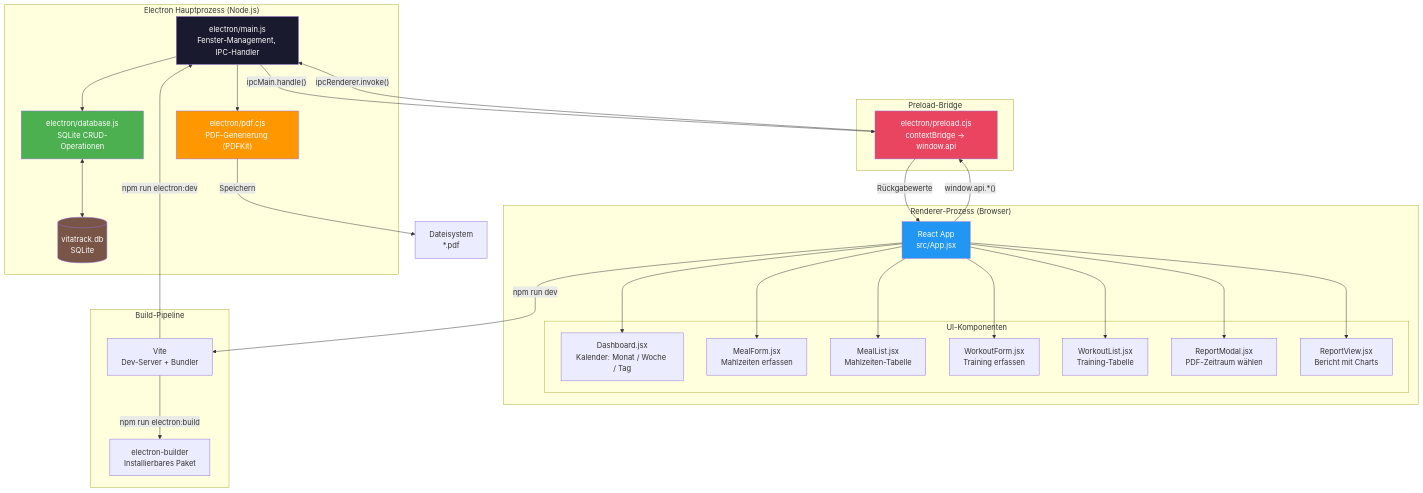
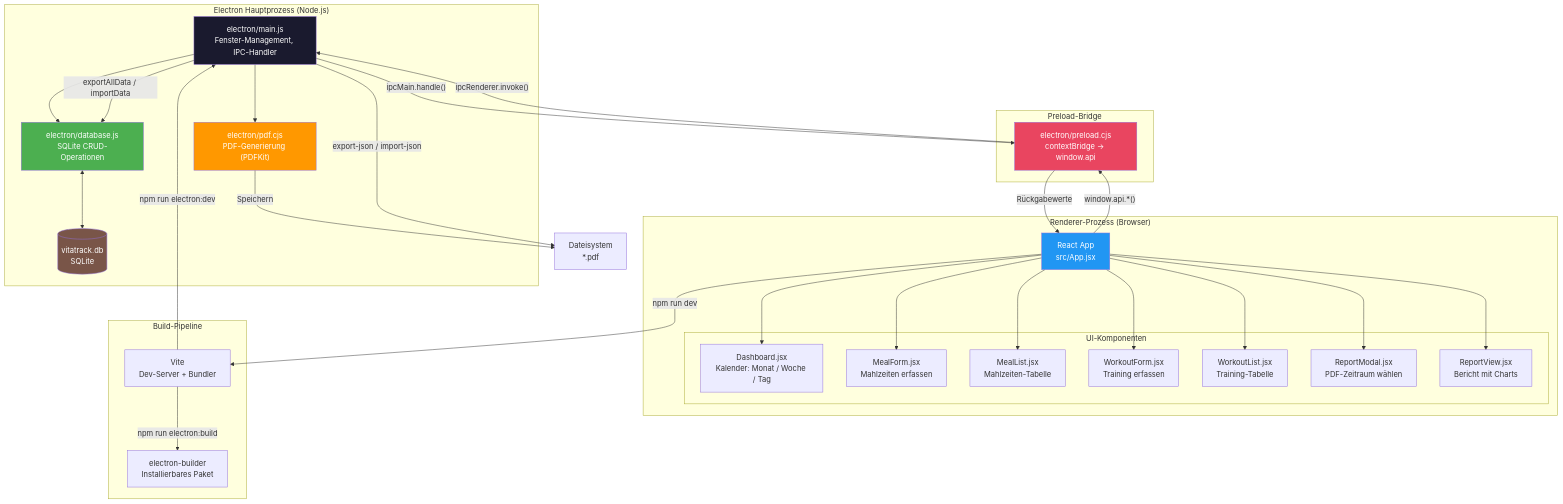
The first of 3 diagrams in README.md (zok42/vita-track), drawn with Mermaid before and after one commit. The commit also changed other lines of this file and 12 other files, not shown here.

````diff
--- a/README.md
+++ b/README.md
@@ -18,60 +18,62 @@
 ```mermaid
 graph TB
     subgraph "Electron Hauptprozess (Node.js)"
         MAIN["electron/main.js<br/>Fenster-Management, IPC-Handler"]
         DB["electron/database.js<br/>SQLite CRUD-Operationen"]
         PDF["electron/pdf.cjs<br/>PDF-Generierung (PDFKit)"]
         SQLITE[("vitatrack.db<br/>SQLite")]
     end
 
     subgraph "Preload-Bridge"
         PRELOAD["electron/preload.cjs<br/>contextBridge → window.api"]
     end
 
     subgraph "Renderer-Prozess (Browser)"
         REACT["React App<br/>src/App.jsx"]
         subgraph "UI-Komponenten"
             DASH["Dashboard.jsx<br/>Kalender: Monat / Woche / Tag"]
             MF["MealForm.jsx<br/>Mahlzeiten erfassen"]
             ML["MealList.jsx<br/>Mahlzeiten-Tabelle"]
             WF["WorkoutForm.jsx<br/>Training erfassen"]
             WL["WorkoutList.jsx<br/>Training-Tabelle"]
             RM["ReportModal.jsx<br/>PDF-Zeitraum wählen"]
             RV["ReportView.jsx<br/>Bericht mit Charts"]
         end
     end
 
     subgraph "Build-Pipeline"
         VITE["Vite<br/>Dev-Server + Bundler"]
         EB["electron-builder<br/>Installierbares Paket"]
     end
 
     REACT --> DASH
     REACT --> MF
     REACT --> ML
     REACT --> WF
     REACT --> WL
     REACT --> RM
     REACT --> RV
 
     REACT -- "window.api.*()" --> PRELOAD
     PRELOAD -- "ipcRenderer.invoke()" --> MAIN
     MAIN -- "ipcMain.handle()" --> PRELOAD
     PRELOAD -- "Rückgabewerte" --> REACT
 
     MAIN --> DB
     MAIN --> PDF
+    MAIN -- "exportAllData / importData" --> DB
     DB <--> SQLITE
     PDF -- "Speichern" --> DISK["Dateisystem<br/>*.pdf"]
+    MAIN -- "export-json / import-json" --> DISK
 
     REACT -- "npm run dev" --> VITE
     VITE -- "npm run electron:dev" --> MAIN
     VITE -- "npm run electron:build" --> EB
 
     style MAIN fill:#1a1a2e,color:#fff
     style PRELOAD fill:#e94560,color:#fff
     style REACT fill:#2196f3,color:#fff
     style DB fill:#4caf50,color:#fff
     style PDF fill:#ff9800,color:#fff
     style SQLITE fill:#795548,color:#fff
 ```
````
